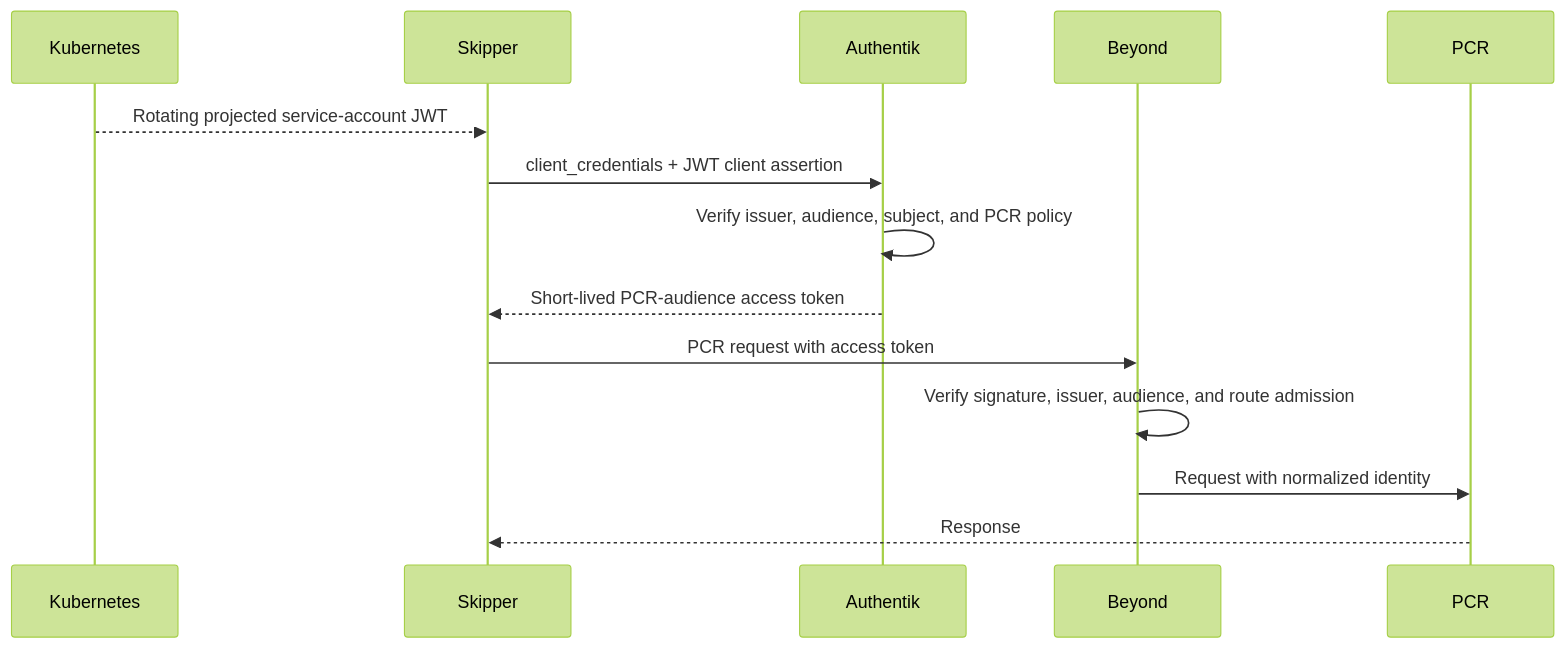
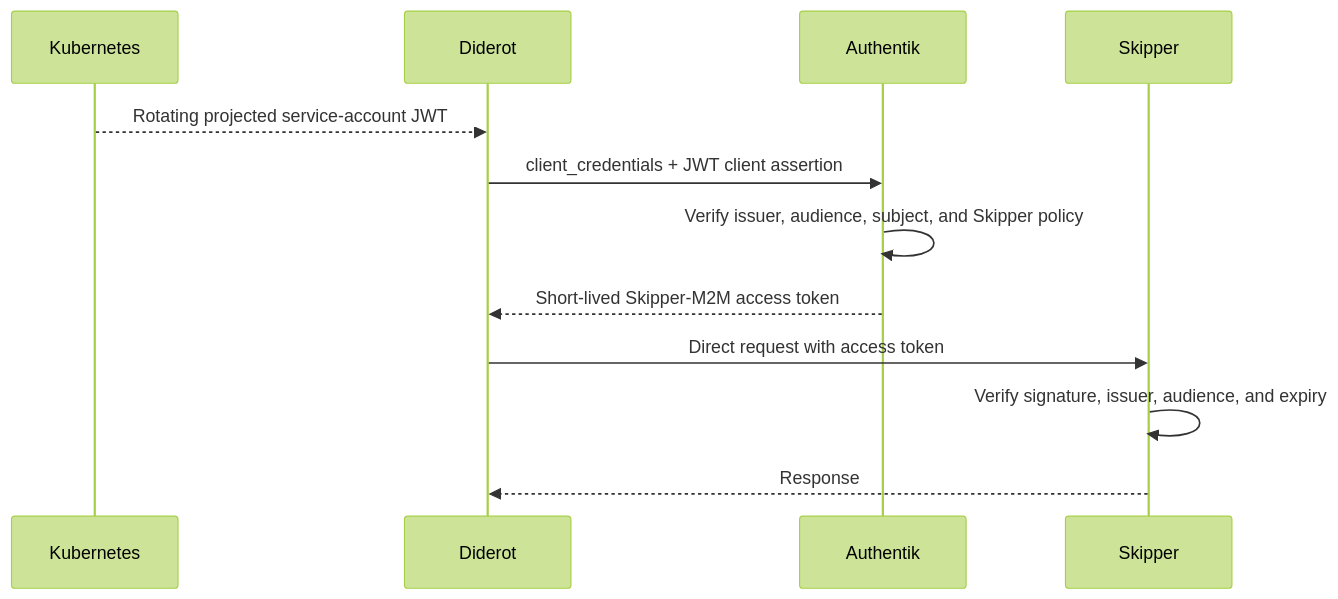
One commit to bluesky-social/beyond changed the diagram in docs/design/machine-identity-and-scoped-credentials.md. Above: the diagram before and after it, drawn with Mermaid (forest theme). The commit also changed other lines of this file, not shown here.

Commit message:
docs: pilot workload identity with diderot and skipper

````diff
--- a/docs/design/machine-identity-and-scoped-credentials.md
+++ b/docs/design/machine-identity-and-scoped-credentials.md
@@ -116,17 +122,15 @@
 ```mermaid
 sequenceDiagram
     participant K as Kubernetes
+    participant D as Diderot
+    participant A as Authentik
     participant S as Skipper
-    participant A as Authentik
-    participant B as Beyond
-    participant P as PCR
 
-    K-->>S: Rotating projected service-account JWT
-    S->>A: client_credentials + JWT client assertion
-    A->>A: Verify issuer, audience, subject, and PCR policy
-    A-->>S: Short-lived PCR-audience access token
-    S->>B: PCR request with access token
-    B->>B: Verify signature, issuer, audience, and route admission
-    B->>P: Request with normalized identity
-    P-->>S: Response
+    K-->>D: Rotating projected service-account JWT
+    D->>A: client_credentials + JWT client assertion
+    A->>A: Verify issuer, audience, subject, and Skipper policy
+    A-->>D: Short-lived Skipper-M2M access token
+    D->>S: Direct request with access token
+    S->>S: Verify signature, issuer, audience, and expiry
+    S-->>D: Response
 ```
````
